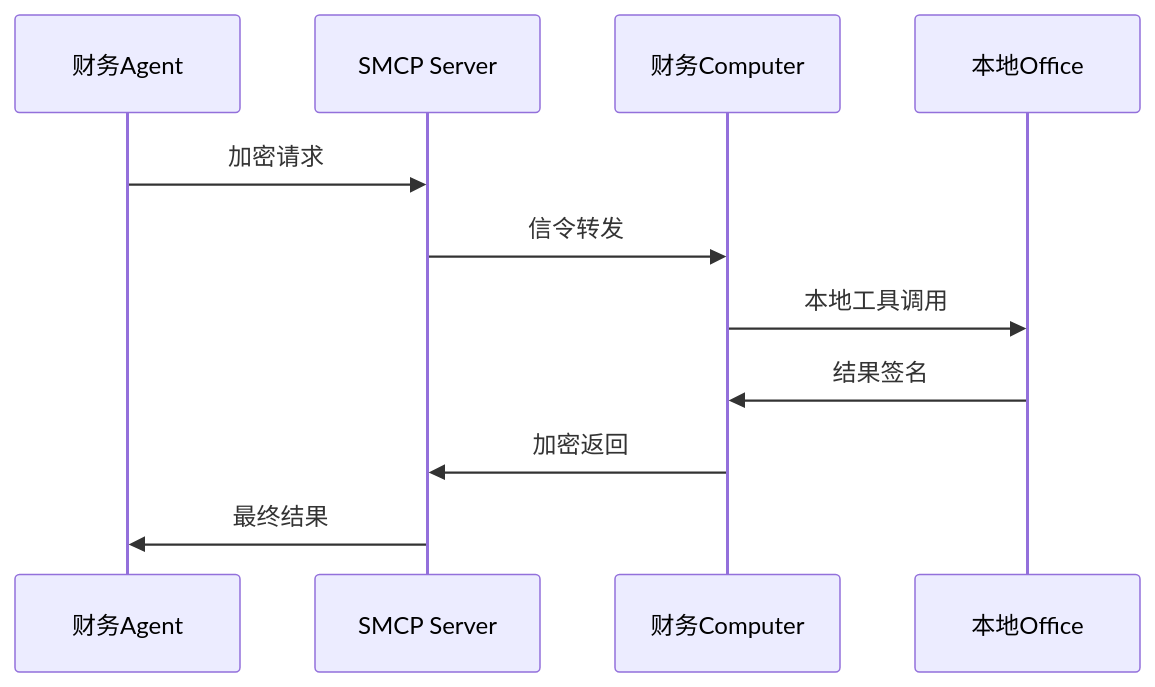
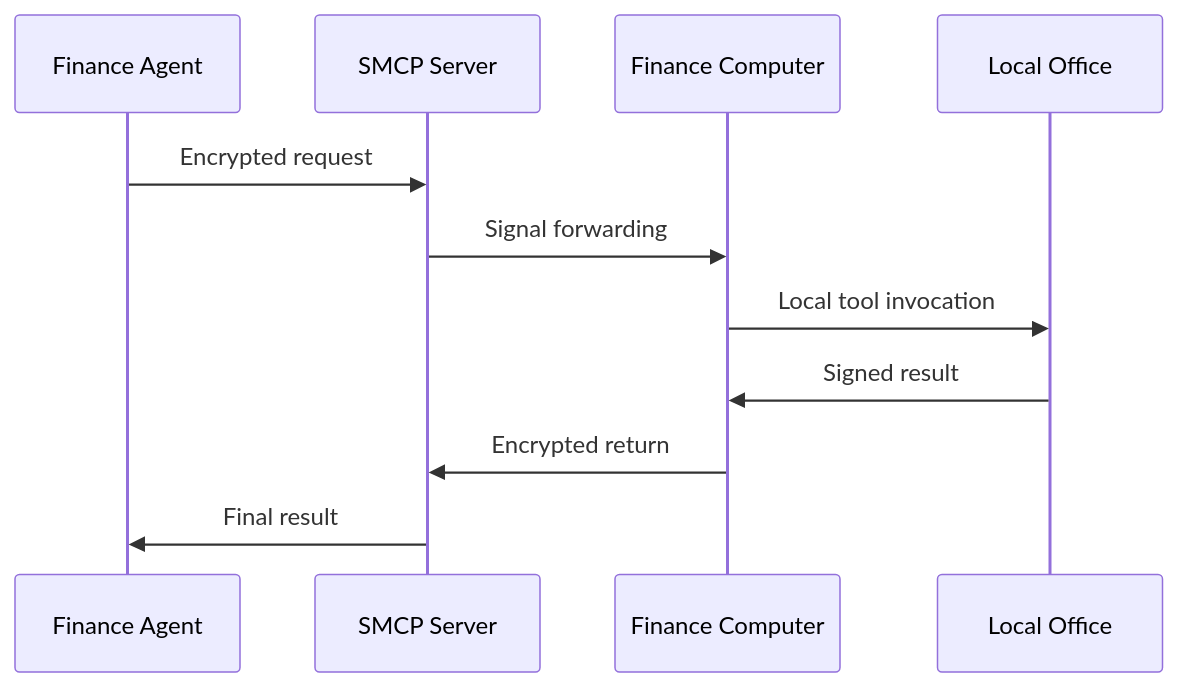
One commit to A2C-SMCP/.github changed the third of 7 diagrams in profile/README.md. Above: the diagram before and after it, drawn with Mermaid. The commit also changed other lines of this file and 2 other files, not shown here.

````diff
--- a/profile/README.md
+++ b/profile/README.md
@@ -68,14 +72,14 @@
 ```mermaid
 sequenceDiagram
-    participant A as 财务Agent
+    participant A as Finance Agent
     participant S as SMCP Server
-    participant C as 财务Computer
-    participant T as 本地Office
+    participant C as Finance Computer
+    participant T as Local Office
     
-    A->>S: 加密请求
-    S->>C: 信令转发
-    C->>T: 本地工具调用
-    T->>C: 结果签名
-    C->>S: 加密返回
-    S->>A: 最终结果
+    A->>S: Encrypted request
+    S->>C: Signal forwarding
+    C->>T: Local tool invocation
+    T->>C: Signed result
+    C->>S: Encrypted return
+    S->>A: Final result
 ```
````
